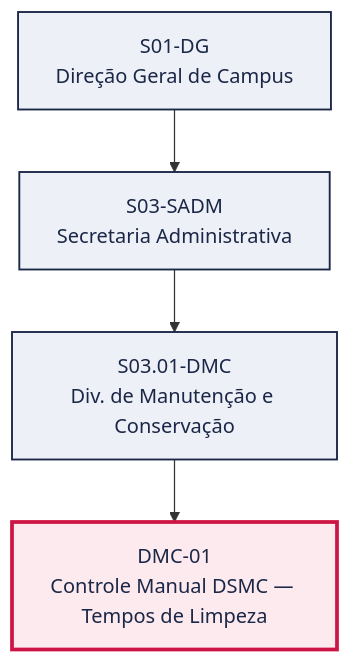
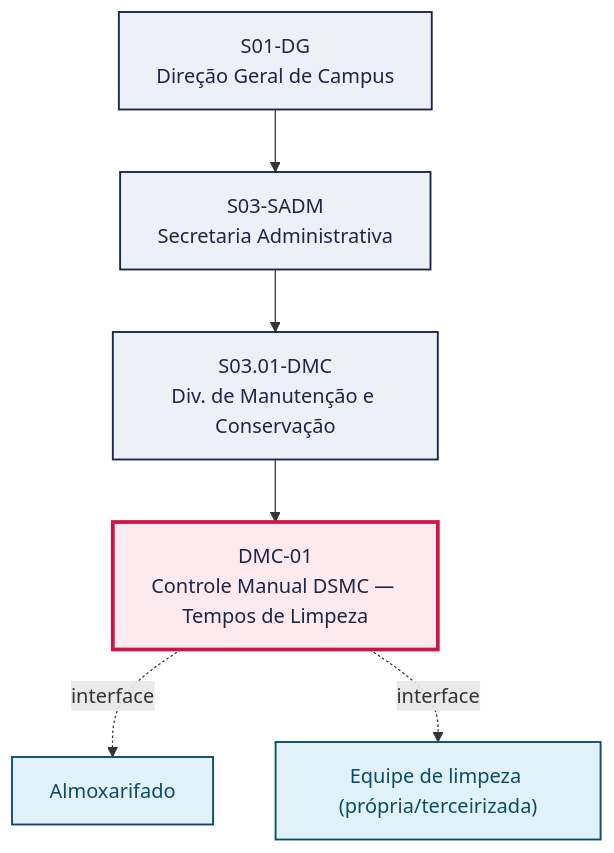
Before and after one commit to jessefers/canvas-vivo-atdg: the first of 2 diagrams in pops/DMC/DMC-01.md, drawn with Mermaid. The commit also changed other lines of this file and 71 other files, not shown here.

````diff
--- a/pops/DMC/DMC-01.md
+++ b/pops/DMC/DMC-01.md
@@ -49,15 +51,20 @@
 ```mermaid
 graph TD
   S01_DG["S01-DG<br/>Direção Geral de Campus"]
   S03_SADM["S03-SADM<br/>Secretaria Administrativa"]
   S01_DG --> S03_SADM
   S03_01_DMC["S03.01-DMC<br/>Div. de Manutenção e Conservação"]
   S03_SADM --> S03_01_DMC
   P["DMC-01<br/>Controle Manual DSMC — Tempos de Limpeza"]
   S03_01_DMC --> P
+  V1["Almoxarifado"]
+  P -. interface .-> V1
+  V2["Equipe de limpeza (própria/terceirizada)"]
+  P -. interface .-> V2
   classDef setor fill:#EEF0F7,stroke:#1B2747,stroke-width:1.5px,color:#1B2747
   classDef destaque fill:#FDEAEE,stroke:#CC1544,stroke-width:3px,color:#1B2747
   classDef vizinho fill:#E0F2F8,stroke:#0B4D66,stroke-width:1.5px,color:#0B4D66
   class S01_DG,S03_SADM,S03_01_DMC setor
   class P destaque
+  class V1,V2 vizinho
 ```
````
